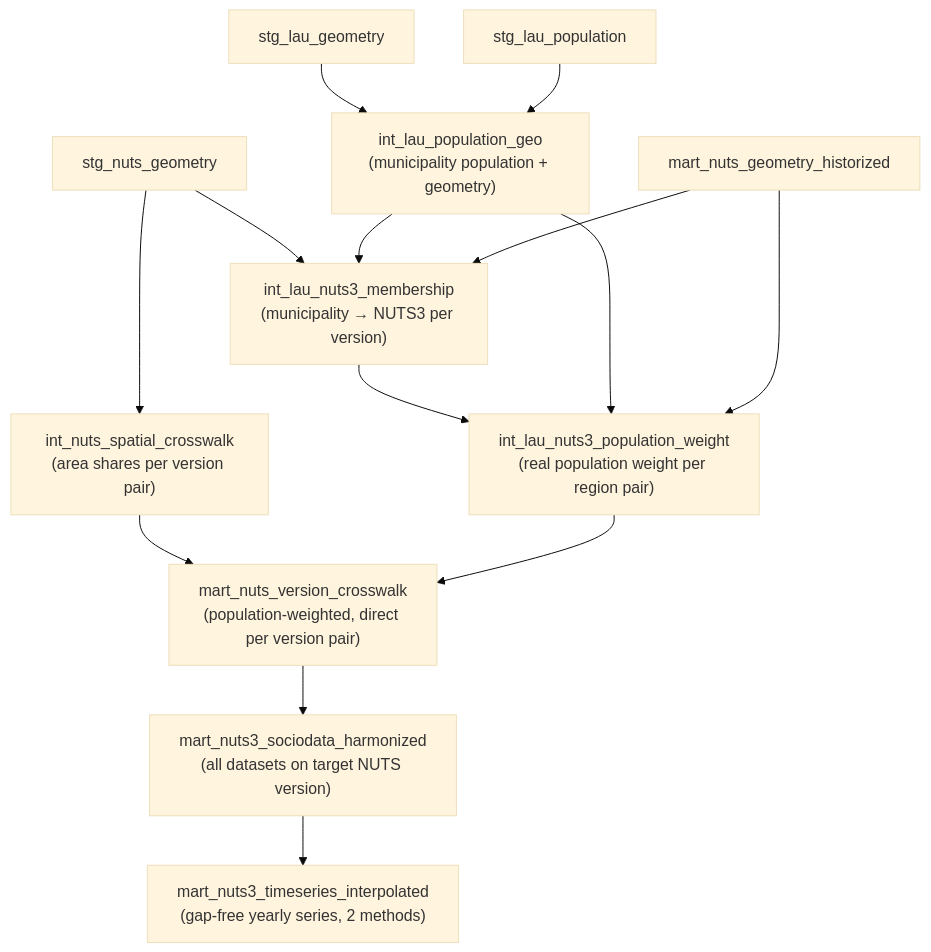
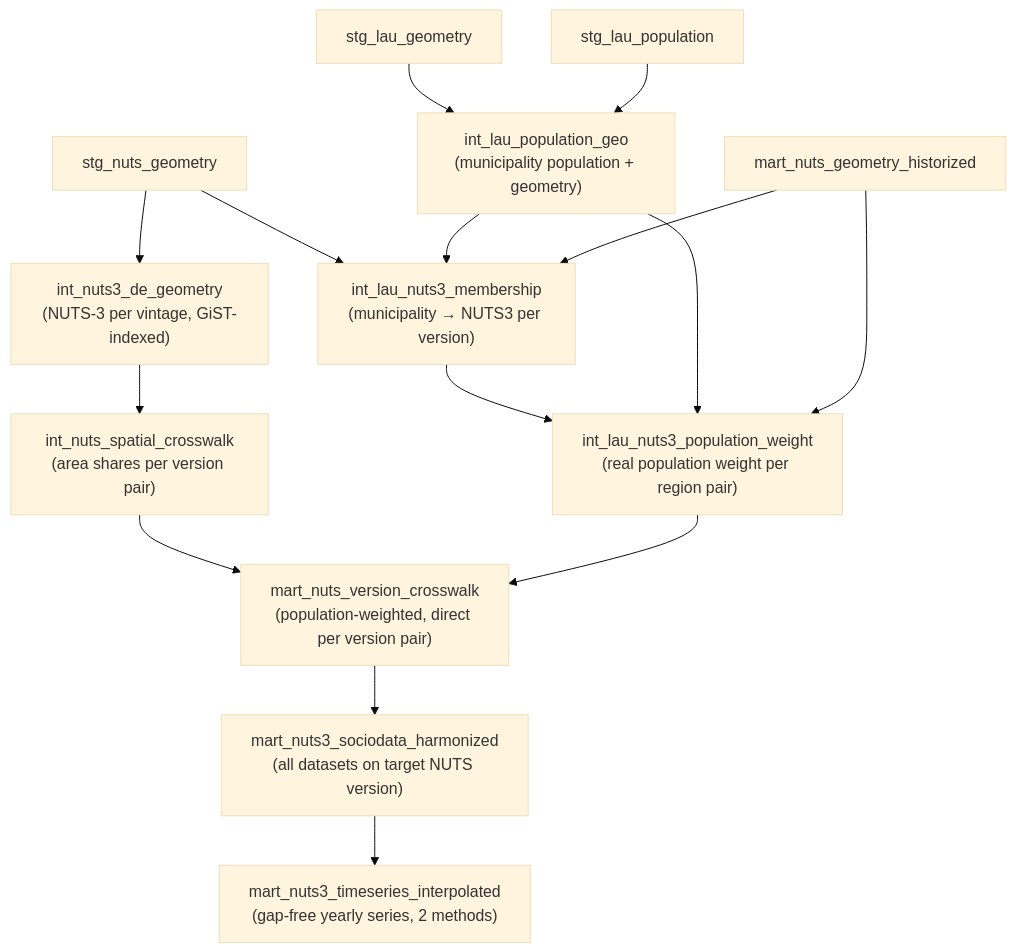
Before and after one commit to BjoernFuertges/Socioeconomic-Data: the first of 2 diagrams in docs/pipeline/dbt.md, drawn with Mermaid (base theme). The commit also changed other lines of this file and 76 other files, not shown here.

````diff
--- a/docs/pipeline/dbt.md
+++ b/docs/pipeline/dbt.md
@@ -48,16 +48,17 @@
 ```mermaid
 flowchart TB
-    stg_nuts["stg_nuts_geometry"] --> spatial["int_nuts_spatial_crosswalk\n(area shares per version pair)"]
+    stg_nuts["stg_nuts_geometry"] --> nuts3_geom["int_nuts3_de_geometry\n(NUTS-3 per vintage, GiST-indexed)"]
+    nuts3_geom --> spatial["int_nuts_spatial_crosswalk\n(area shares per version pair)"]
     stg_lau_geo["stg_lau_geometry"] --> lau_geo["int_lau_population_geo\n(municipality population + geometry)"]
     stg_lau_pop["stg_lau_population"] --> lau_geo
     stg_nuts --> membership["int_lau_nuts3_membership\n(municipality → NUTS3 per version)"]
     lau_geo --> membership
     membership --> popweight["int_lau_nuts3_population_weight\n(real population weight per region pair)"]
     lau_geo --> popweight
     nuts_hist["mart_nuts_geometry_historized"] --> membership
     nuts_hist --> popweight
     spatial --> xwalk["mart_nuts_version_crosswalk\n(population-weighted, direct per version pair)"]
     popweight --> xwalk
     xwalk --> harmonized["mart_nuts3_sociodata_harmonized\n(all datasets on target NUTS version)"]
     harmonized --> interpolated["mart_nuts3_timeseries_interpolated\n(gap-free yearly series, 2 methods)"]
 ```
````
